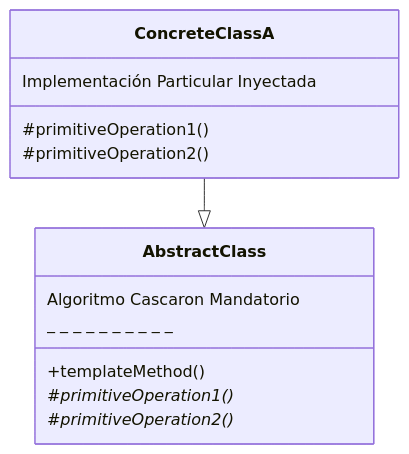
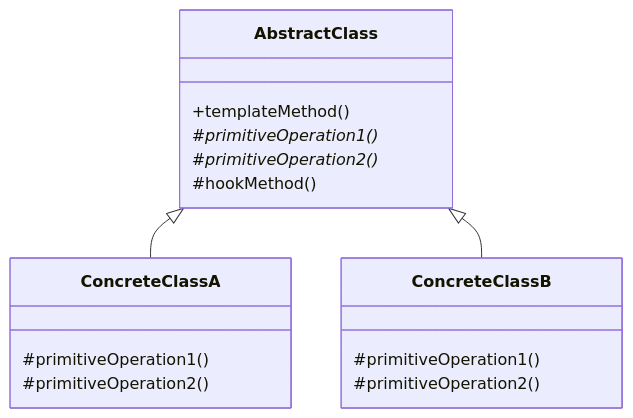
One commit to auwus21/Facultad-Informatica-UNLP changed the fourth of 4 diagrams in OO2/Teoria/Resumenes/Clase3.md. Above: the diagram before and after it, drawn with Mermaid. The commit also changed other lines of this file and 2 other files, not shown here.

````diff
--- a/OO2/Teoria/Resumenes/Clase3.md
+++ b/OO2/Teoria/Resumenes/Clase3.md
@@ -66,16 +314,20 @@
 ```mermaid
 classDiagram
-  class AbstractClass {
-    Algoritmo Cascaron Mandatorio
-    +templateMethod()
-    _ _ _ _ _ _ _ _ _ _
-    #primitiveOperation1()*
-    #primitiveOperation2()*
-  }
-  class ConcreteClassA {
-    Implementación Particular Inyectada
-    #primitiveOperation1()
-    #primitiveOperation2()
-  }
-  ConcreteClassA --|> AbstractClass
+    class AbstractClass {
+        +templateMethod()
+        #primitiveOperation1()*
+        #primitiveOperation2()*
+        #hookMethod()
+    }
+    class ConcreteClassA {
+        #primitiveOperation1()
+        #primitiveOperation2()
+    }
+    class ConcreteClassB {
+        #primitiveOperation1()
+        #primitiveOperation2()
+    }
+
+    AbstractClass <|-- ConcreteClassA
+    AbstractClass <|-- ConcreteClassB
 ```
````
